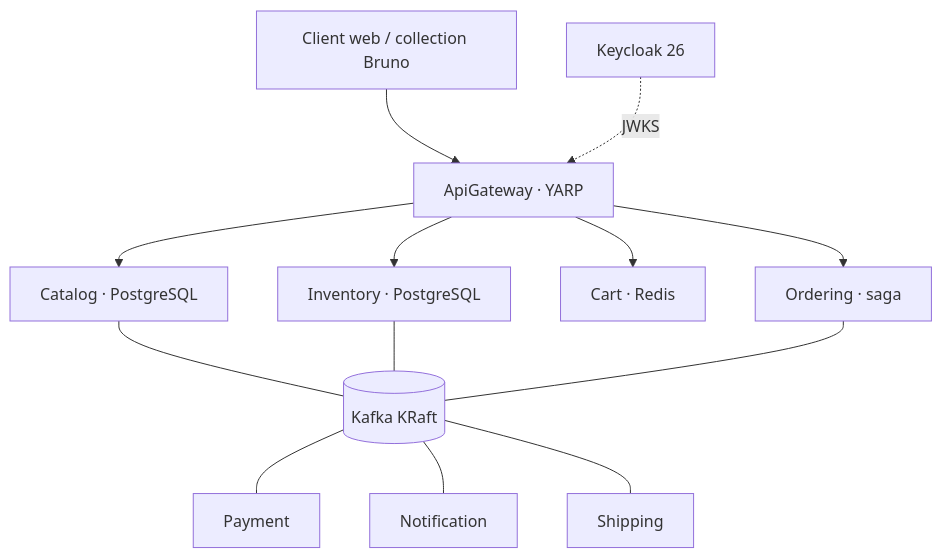
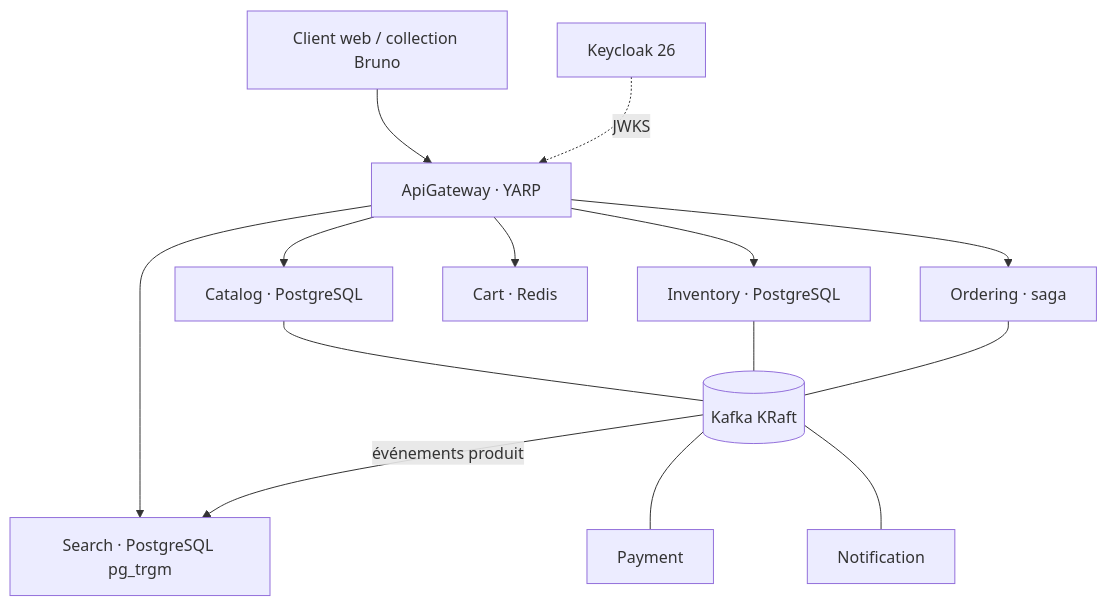
The diagram in README.md (badre-eddine127/souqly), drawn with Mermaid before and after one commit. The commit also changed other lines of this file and 48 other files, not shown here.

First line of the commit message:
feat(us04): service Search (recherche tolérante aux fautes, filtres, facettes) alimenté par les événements de Catalog

````diff
--- a/README.md
+++ b/README.md
@@ -9,11 +9,13 @@
 ```mermaid
 flowchart TB
     client[Client web / collection Bruno] --> gw[ApiGateway · YARP]
     kc[Keycloak 26] -. JWKS .-> gw
     gw --> catalog[Catalog · PostgreSQL]
     gw --> inventory[Inventory · PostgreSQL]
     gw --> cart[Cart · Redis]
     gw --> ordering[Ordering · saga]
+    gw --> search[Search · PostgreSQL pg_trgm]
     catalog & inventory & ordering --- kafka[(Kafka KRaft)]
-    kafka --- payment[Payment] & notification[Notification] & shipping[Shipping]
+    kafka -- événements produit --> search
+    kafka --- payment[Payment] & notification[Notification]
 ```
````
